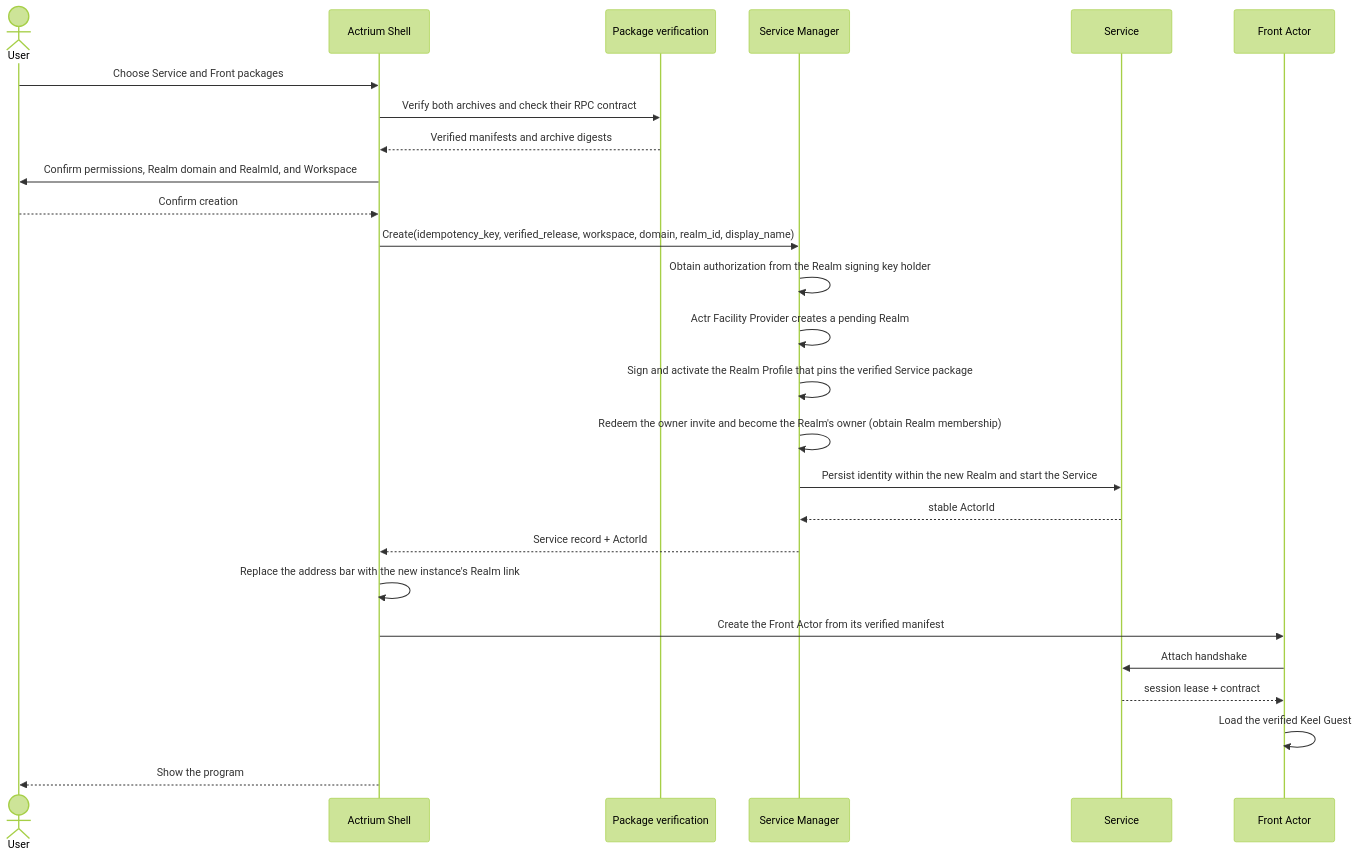
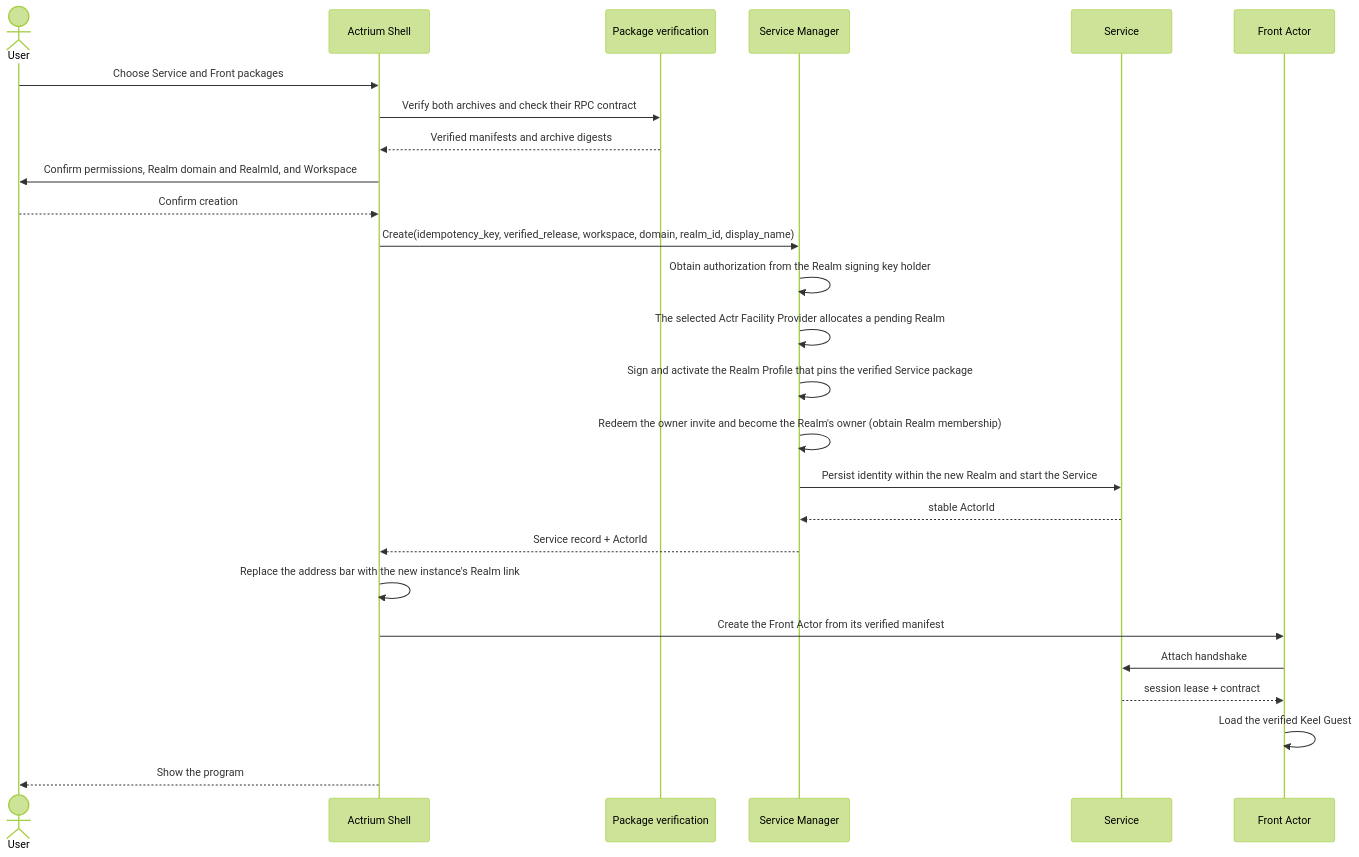
Before and after one commit to Actrium/actrium: the diagram in docs/product/actrium-v1/03-user-experience.md, drawn with Mermaid (forest theme). The commit also changed 24 other files, not shown here.

First line of the commit message:
docs(actr): clarify the scope of Actr Facility Providers

````diff
--- a/docs/product/actrium-v1/03-user-experience.md
+++ b/docs/product/actrium-v1/03-user-experience.md
@@ -114,29 +114,29 @@
 ```mermaid
 sequenceDiagram
     actor U as User
     participant A as Actrium Shell
     participant P as Package verification
     participant M as Service Manager
     participant S as Service
     participant F as Front Actor
 
     U->>A: Choose Service and Front packages
     A->>P: Verify both archives and check their RPC contract
     P-->>A: Verified manifests and archive digests
     A->>U: Confirm permissions, Realm domain and RealmId, and Workspace
     U-->>A: Confirm creation
     A->>M: Create(idempotency_key, verified_release, workspace, domain, realm_id, display_name)
     M->>M: Obtain authorization from the Realm signing key holder
-    M->>M: Actr Facility Provider creates a pending Realm
+    M->>M: The selected Actr Facility Provider allocates a pending Realm
     M->>M: Sign and activate the Realm Profile that pins the verified Service package
     M->>M: Redeem the owner invite and become the Realm's owner (obtain Realm membership)
     M->>S: Persist identity within the new Realm and start the Service
     S-->>M: stable ActorId
     M-->>A: Service record + ActorId
     A->>A: Replace the address bar with the new instance's Realm link
     A->>F: Create the Front Actor from its verified manifest
     F->>S: Attach handshake
     S-->>F: session lease + contract
     F->>F: Load the verified Keel Guest
     A-->>U: Show the program
 ```
````
